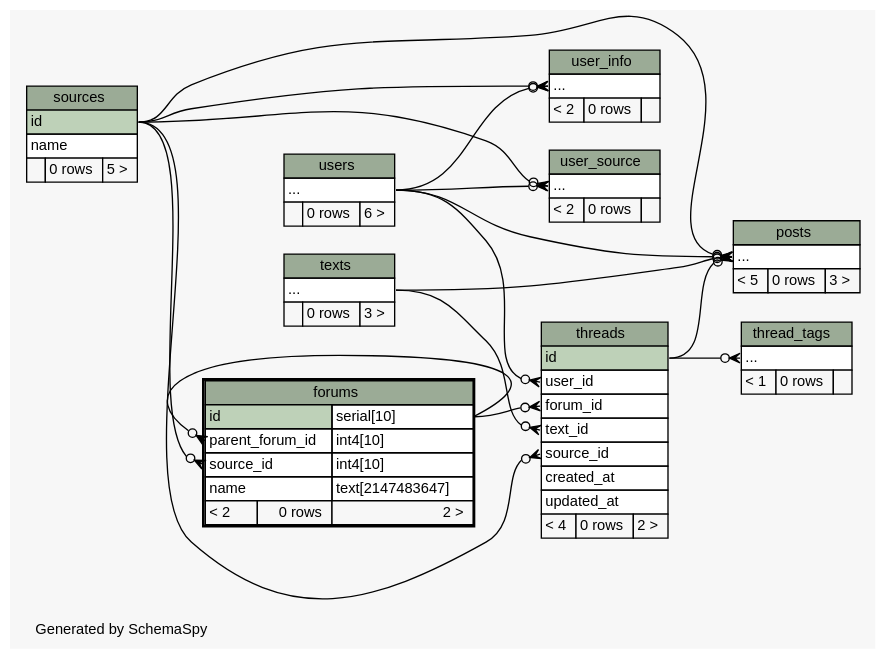
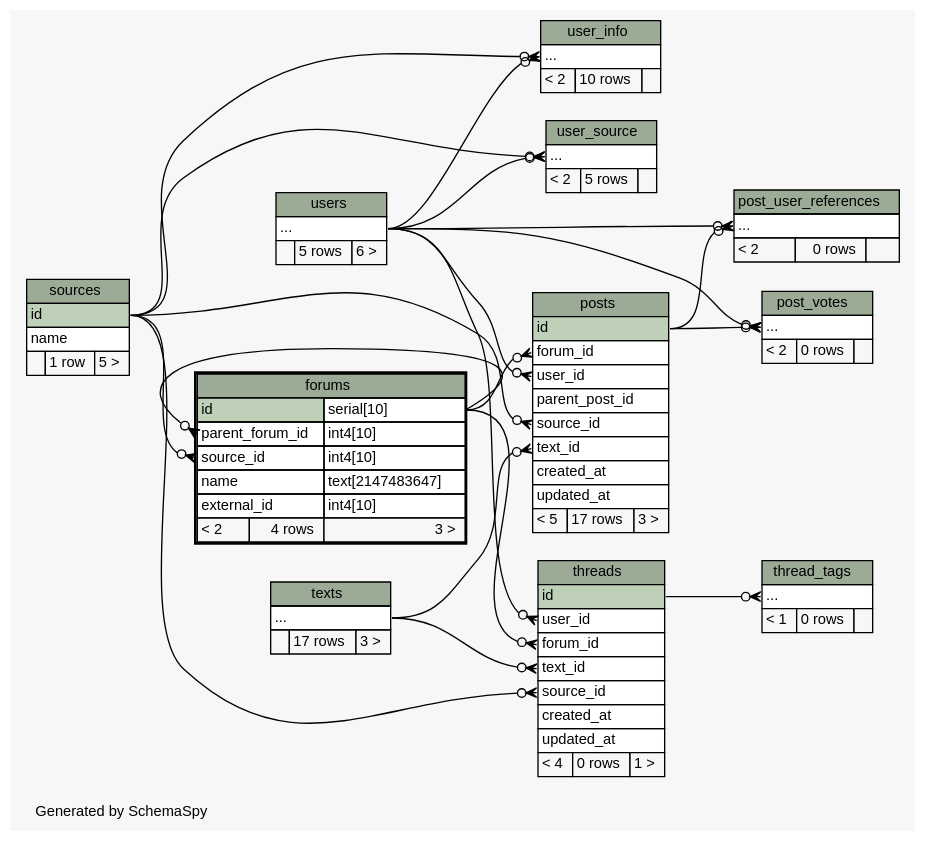
Before and after one commit to ryanaustincarlson/moocdb: the diagram in schema/oltp/diagrams/forums.2degrees.dot, drawn with Graphviz. The commit also changed 77 other files, not shown here.

Commit message:
updated oltp schema

```diff
--- a/schema/oltp/diagrams/forums.2degrees.dot
+++ b/schema/oltp/diagrams/forums.2degrees.dot
@@ -1,137 +1,169 @@
-// dot 2.34.0 on Mac OS X 10.8.3
+// dot 2.32.0 on Mac OS X 10.8.5
 // SchemaSpy rev 590
 digraph "twoDegreesRelationshipsDiagram" {
   graph [
     rankdir="RL"
     bgcolor="#f7f7f7"
     label="\nGenerated by SchemaSpy"
     labeljust="l"
     nodesep="0.18"
     ranksep="0.46"
     fontname="Helvetica"
     fontsize="11"
   ];
   node [
     fontname="Helvetica"
     fontsize="11"
     shape="plaintext"
   ];
   edge [
     arrowsize="0.8"
   ];
   "forums":"parent_forum_id":w -> "forums":"id.type":e [arrowhead=none dir=back arrowtail=crowodot];
   "forums":"source_id":w -> "sources":"id":e [arrowhead=none dir=back arrowtail=crowodot];
-  "posts":"elipses":w -> "users":"elipses":e [arrowhead=none dir=back arrowtail=crowodot];
-  "posts":"elipses":w -> "sources":"id":e [arrowhead=none dir=back arrowtail=crowodot];
-  "posts":"elipses":w -> "texts":"elipses":e [arrowhead=none dir=back arrowtail=crowodot];
-  "posts":"elipses":w -> "threads":"id":e [arrowhead=none dir=back arrowtail=crowodot];
+  "post_user_references":"elipses":w -> "posts":"id":e [arrowhead=none dir=back arrowtail=crowodot];
+  "post_user_references":"elipses":w -> "users":"elipses":e [arrowhead=none dir=back arrowtail=crowodot];
+  "post_votes":"elipses":w -> "posts":"id":e [arrowhead=none dir=back arrowtail=crowodot];
+  "post_votes":"elipses":w -> "users":"elipses":e [arrowhead=none dir=back arrowtail=crowodot];
+  "posts":"forum_id":w -> "forums":"id.type":e [arrowhead=none dir=back arrowtail=crowodot];
+  "posts":"source_id":w -> "sources":"id":e [arrowhead=none dir=back arrowtail=crowodot];
+  "posts":"text_id":w -> "texts":"elipses":e [arrowhead=none dir=back arrowtail=crowodot];
+  "posts":"user_id":w -> "users":"elipses":e [arrowhead=none dir=back arrowtail=crowodot];
   "thread_tags":"elipses":w -> "threads":"id":e [arrowhead=none dir=back arrowtail=crowodot];
   "threads":"forum_id":w -> "forums":"id.type":e [arrowhead=none dir=back arrowtail=crowodot];
   "threads":"source_id":w -> "sources":"id":e [arrowhead=none dir=back arrowtail=crowodot];
   "threads":"text_id":w -> "texts":"elipses":e [arrowhead=none dir=back arrowtail=crowodot];
   "threads":"user_id":w -> "users":"elipses":e [arrowhead=none dir=back arrowtail=crowodot];
   "user_info":"elipses":w -> "sources":"id":e [arrowhead=none dir=back arrowtail=crowodot];
   "user_info":"elipses":w -> "users":"elipses":e [arrowhead=none dir=back arrowtail=crowodot];
   "user_source":"elipses":w -> "sources":"id":e [arrowhead=none dir=back arrowtail=crowodot];
   "user_source":"elipses":w -> "users":"elipses":e [arrowhead=none dir=back arrowtail=crowodot];
   "forums" [
     label=<
     <TABLE BORDER="2" CELLBORDER="1" CELLSPACING="0" BGCOLOR="#ffffff">
       <TR><TD COLSPAN="3" BGCOLOR="#9bab96" ALIGN="CENTER">forums</TD></TR>
       <TR><TD PORT="id" COLSPAN="2" BGCOLOR="#bed1b8" ALIGN="LEFT">id</TD><TD PORT="id.type" ALIGN="LEFT">serial[10]</TD></TR>
       <TR><TD PORT="parent_forum_id" COLSPAN="2" ALIGN="LEFT">parent_forum_id</TD><TD PORT="parent_forum_id.type" ALIGN="LEFT">int4[10]</TD></TR>
       <TR><TD PORT="source_id" COLSPAN="2" ALIGN="LEFT">source_id</TD><TD PORT="source_id.type" ALIGN="LEFT">int4[10]</TD></TR>
       <TR><TD PORT="name" COLSPAN="2" ALIGN="LEFT">name</TD><TD PORT="name.type" ALIGN="LEFT">text[2147483647]</TD></TR>
-      <TR><TD ALIGN="LEFT" BGCOLOR="#f7f7f7">&lt; 2</TD><TD ALIGN="RIGHT" BGCOLOR="#f7f7f7">0 rows</TD><TD ALIGN="RIGHT" BGCOLOR="#f7f7f7">2 &gt;</TD></TR>
+      <TR><TD PORT="external_id" COLSPAN="2" ALIGN="LEFT">external_id</TD><TD PORT="external_id.type" ALIGN="LEFT">int4[10]</TD></TR>
+      <TR><TD ALIGN="LEFT" BGCOLOR="#f7f7f7">&lt; 2</TD><TD ALIGN="RIGHT" BGCOLOR="#f7f7f7">4 rows</TD><TD ALIGN="RIGHT" BGCOLOR="#f7f7f7">3 &gt;</TD></TR>
     </TABLE>>
     URL="forums.html"
     tooltip="forums"
+  ];
+  "post_user_references" [
+    label=<
+    <TABLE BORDER="0" CELLBORDER="1" CELLSPACING="0" BGCOLOR="#ffffff">
+      <TR><TD COLSPAN="3" BGCOLOR="#9bab96" ALIGN="CENTER">post_user_references</TD></TR>
+      <TR><TD PORT="elipses" COLSPAN="3" ALIGN="LEFT">...</TD></TR>
+      <TR><TD ALIGN="LEFT" BGCOLOR="#f7f7f7">&lt; 2</TD><TD ALIGN="RIGHT" BGCOLOR="#f7f7f7">0 rows</TD><TD ALIGN="RIGHT" BGCOLOR="#f7f7f7">  </TD></TR>
+    </TABLE>>
+    URL="post_user_references.html"
+    tooltip="post_user_references"
+  ];
+  "post_votes" [
+    label=<
+    <TABLE BORDER="0" CELLBORDER="1" CELLSPACING="0" BGCOLOR="#ffffff">
+      <TR><TD COLSPAN="3" BGCOLOR="#9bab96" ALIGN="CENTER">post_votes</TD></TR>
+      <TR><TD PORT="elipses" COLSPAN="3" ALIGN="LEFT">...</TD></TR>
+      <TR><TD ALIGN="LEFT" BGCOLOR="#f7f7f7">&lt; 2</TD><TD ALIGN="RIGHT" BGCOLOR="#f7f7f7">0 rows</TD><TD ALIGN="RIGHT" BGCOLOR="#f7f7f7">  </TD></TR>
+    </TABLE>>
+    URL="post_votes.html"
+    tooltip="post_votes"
   ];
   "posts" [
     label=<
     <TABLE BORDER="0" CELLBORDER="1" CELLSPACING="0" BGCOLOR="#ffffff">
       <TR><TD COLSPAN="3" BGCOLOR="#9bab96" ALIGN="CENTER">posts</TD></TR>
-      <TR><TD PORT="elipses" COLSPAN="3" ALIGN="LEFT">...</TD></TR>
-      <TR><TD ALIGN="LEFT" BGCOLOR="#f7f7f7">&lt; 5</TD><TD ALIGN="RIGHT" BGCOLOR="#f7f7f7">0 rows</TD><TD ALIGN="RIGHT" BGCOLOR="#f7f7f7">3 &gt;</TD></TR>
+      <TR><TD PORT="id" COLSPAN="3" BGCOLOR="#bed1b8" ALIGN="LEFT">id</TD></TR>
+      <TR><TD PORT="forum_id" COLSPAN="3" ALIGN="LEFT">forum_id</TD></TR>
+      <TR><TD PORT="user_id" COLSPAN="3" ALIGN="LEFT">user_id</TD></TR>
+      <TR><TD PORT="parent_post_id" COLSPAN="3" ALIGN="LEFT">parent_post_id</TD></TR>
+      <TR><TD PORT="source_id" COLSPAN="3" ALIGN="LEFT">source_id</TD></TR>
+      <TR><TD PORT="text_id" COLSPAN="3" ALIGN="LEFT">text_id</TD></TR>
+      <TR><TD PORT="created_at" COLSPAN="3" ALIGN="LEFT">created_at</TD></TR>
+      <TR><TD PORT="updated_at" COLSPAN="3" ALIGN="LEFT">updated_at</TD></TR>
+      <TR><TD ALIGN="LEFT" BGCOLOR="#f7f7f7">&lt; 5</TD><TD ALIGN="RIGHT" BGCOLOR="#f7f7f7">17 rows</TD><TD ALIGN="RIGHT" BGCOLOR="#f7f7f7">3 &gt;</TD></TR>
     </TABLE>>
     URL="posts.html"
     tooltip="posts"
   ];
   "sources" [
     label=<
     <TABLE BORDER="0" CELLBORDER="1" CELLSPACING="0" BGCOLOR="#ffffff">
       <TR><TD COLSPAN="3" BGCOLOR="#9bab96" ALIGN="CENTER">sources</TD></TR>
       <TR><TD PORT="id" COLSPAN="3" BGCOLOR="#bed1b8" ALIGN="LEFT">id</TD></TR>
       <TR><TD PORT="name" COLSPAN="3" ALIGN="LEFT">name</TD></TR>
-      <TR><TD ALIGN="LEFT" BGCOLOR="#f7f7f7">  </TD><TD ALIGN="RIGHT" BGCOLOR="#f7f7f7">0 rows</TD><TD ALIGN="RIGHT" BGCOLOR="#f7f7f7">5 &gt;</TD></TR>
+      <TR><TD ALIGN="LEFT" BGCOLOR="#f7f7f7">  </TD><TD ALIGN="RIGHT" BGCOLOR="#f7f7f7">1 row</TD><TD ALIGN="RIGHT" BGCOLOR="#f7f7f7">5 &gt;</TD></TR>
     </TABLE>>
     URL="sources.html"
     tooltip="sources"
   ];
   "texts" [
     label=<
     <TABLE BORDER="0" CELLBORDER="1" CELLSPACING="0" BGCOLOR="#ffffff">
       <TR><TD COLSPAN="3" BGCOLOR="#9bab96" ALIGN="CENTER">texts</TD></TR>
       <TR><TD PORT="elipses" COLSPAN="3" ALIGN="LEFT">...</TD></TR>
-      <TR><TD ALIGN="LEFT" BGCOLOR="#f7f7f7">  </TD><TD ALIGN="RIGHT" BGCOLOR="#f7f7f7">0 rows</TD><TD ALIGN="RIGHT" BGCOLOR="#f7f7f7">3 &gt;</TD></TR>
+      <TR><TD ALIGN="LEFT" BGCOLOR="#f7f7f7">  </TD><TD ALIGN="RIGHT" BGCOLOR="#f7f7f7">17 rows</TD><TD ALIGN="RIGHT" BGCOLOR="#f7f7f7">3 &gt;</TD></TR>
     </TABLE>>
     URL="texts.html"
     tooltip="texts"
   ];
   "thread_tags" [
     label=<
     <TABLE BORDER="0" CELLBORDER="1" CELLSPACING="0" BGCOLOR="#ffffff">
       <TR><TD COLSPAN="3" BGCOLOR="#9bab96" ALIGN="CENTER">thread_tags</TD></TR>
       <TR><TD PORT="elipses" COLSPAN="3" ALIGN="LEFT">...</TD></TR>
       <TR><TD ALIGN="LEFT" BGCOLOR="#f7f7f7">&lt; 1</TD><TD ALIGN="RIGHT" BGCOLOR="#f7f7f7">0 rows</TD><TD ALIGN="RIGHT" BGCOLOR="#f7f7f7">  </TD></TR>
     </TABLE>>
     URL="thread_tags.html"
     tooltip="thread_tags"
   ];
   "threads" [
     label=<
     <TABLE BORDER="0" CELLBORDER="1" CELLSPACING="0" BGCOLOR="#ffffff">
       <TR><TD COLSPAN="3" BGCOLOR="#9bab96" ALIGN="CENTER">threads</TD></TR>
       <TR><TD PORT="id" COLSPAN="3" BGCOLOR="#bed1b8" ALIGN="LEFT">id</TD></TR>
       <TR><TD PORT="user_id" COLSPAN="3" ALIGN="LEFT">user_id</TD></TR>
       <TR><TD PORT="forum_id" COLSPAN="3" ALIGN="LEFT">forum_id</TD></TR>
       <TR><TD PORT="text_id" COLSPAN="3" ALIGN="LEFT">text_id</TD></TR>
       <TR><TD PORT="source_id" COLSPAN="3" ALIGN="LEFT">source_id</TD></TR>
       <TR><TD PORT="created_at" COLSPAN="3" ALIGN="LEFT">created_at</TD></TR>
       <TR><TD PORT="updated_at" COLSPAN="3" ALIGN="LEFT">updated_at</TD></TR>
-      <TR><TD ALIGN="LEFT" BGCOLOR="#f7f7f7">&lt; 4</TD><TD ALIGN="RIGHT" BGCOLOR="#f7f7f7">0 rows</TD><TD ALIGN="RIGHT" BGCOLOR="#f7f7f7">2 &gt;</TD></TR>
+      <TR><TD ALIGN="LEFT" BGCOLOR="#f7f7f7">&lt; 4</TD><TD ALIGN="RIGHT" BGCOLOR="#f7f7f7">0 rows</TD><TD ALIGN="RIGHT" BGCOLOR="#f7f7f7">1 &gt;</TD></TR>
     </TABLE>>
     URL="threads.html"
     tooltip="threads"
   ];
   "user_info" [
     label=<
     <TABLE BORDER="0" CELLBORDER="1" CELLSPACING="0" BGCOLOR="#ffffff">
       <TR><TD COLSPAN="3" BGCOLOR="#9bab96" ALIGN="CENTER">user_info</TD></TR>
       <TR><TD PORT="elipses" COLSPAN="3" ALIGN="LEFT">...</TD></TR>
-      <TR><TD ALIGN="LEFT" BGCOLOR="#f7f7f7">&lt; 2</TD><TD ALIGN="RIGHT" BGCOLOR="#f7f7f7">0 rows</TD><TD ALIGN="RIGHT" BGCOLOR="#f7f7f7">  </TD></TR>
+      <TR><TD ALIGN="LEFT" BGCOLOR="#f7f7f7">&lt; 2</TD><TD ALIGN="RIGHT" BGCOLOR="#f7f7f7">10 rows</TD><TD ALIGN="RIGHT" BGCOLOR="#f7f7f7">  </TD></TR>
     </TABLE>>
     URL="user_info.html"
     tooltip="user_info"
   ];
   "user_source" [
     label=<
     <TABLE BORDER="0" CELLBORDER="1" CELLSPACING="0" BGCOLOR="#ffffff">
       <TR><TD COLSPAN="3" BGCOLOR="#9bab96" ALIGN="CENTER">user_source</TD></TR>
       <TR><TD PORT="elipses" COLSPAN="3" ALIGN="LEFT">...</TD></TR>
-      <TR><TD ALIGN="LEFT" BGCOLOR="#f7f7f7">&lt; 2</TD><TD ALIGN="RIGHT" BGCOLOR="#f7f7f7">0 rows</TD><TD ALIGN="RIGHT" BGCOLOR="#f7f7f7">  </TD></TR>
+      <TR><TD ALIGN="LEFT" BGCOLOR="#f7f7f7">&lt; 2</TD><TD ALIGN="RIGHT" BGCOLOR="#f7f7f7">5 rows</TD><TD ALIGN="RIGHT" BGCOLOR="#f7f7f7">  </TD></TR>
     </TABLE>>
     URL="user_source.html"
     tooltip="user_source"
   ];
   "users" [
     label=<
     <TABLE BORDER="0" CELLBORDER="1" CELLSPACING="0" BGCOLOR="#ffffff">
       <TR><TD COLSPAN="3" BGCOLOR="#9bab96" ALIGN="CENTER">users</TD></TR>
       <TR><TD PORT="elipses" COLSPAN="3" ALIGN="LEFT">...</TD></TR>
-      <TR><TD ALIGN="LEFT" BGCOLOR="#f7f7f7">  </TD><TD ALIGN="RIGHT" BGCOLOR="#f7f7f7">0 rows</TD><TD ALIGN="RIGHT" BGCOLOR="#f7f7f7">6 &gt;</TD></TR>
+      <TR><TD ALIGN="LEFT" BGCOLOR="#f7f7f7">  </TD><TD ALIGN="RIGHT" BGCOLOR="#f7f7f7">5 rows</TD><TD ALIGN="RIGHT" BGCOLOR="#f7f7f7">6 &gt;</TD></TR>
     </TABLE>>
     URL="users.html"
     tooltip="users"
   ];
 }
```
